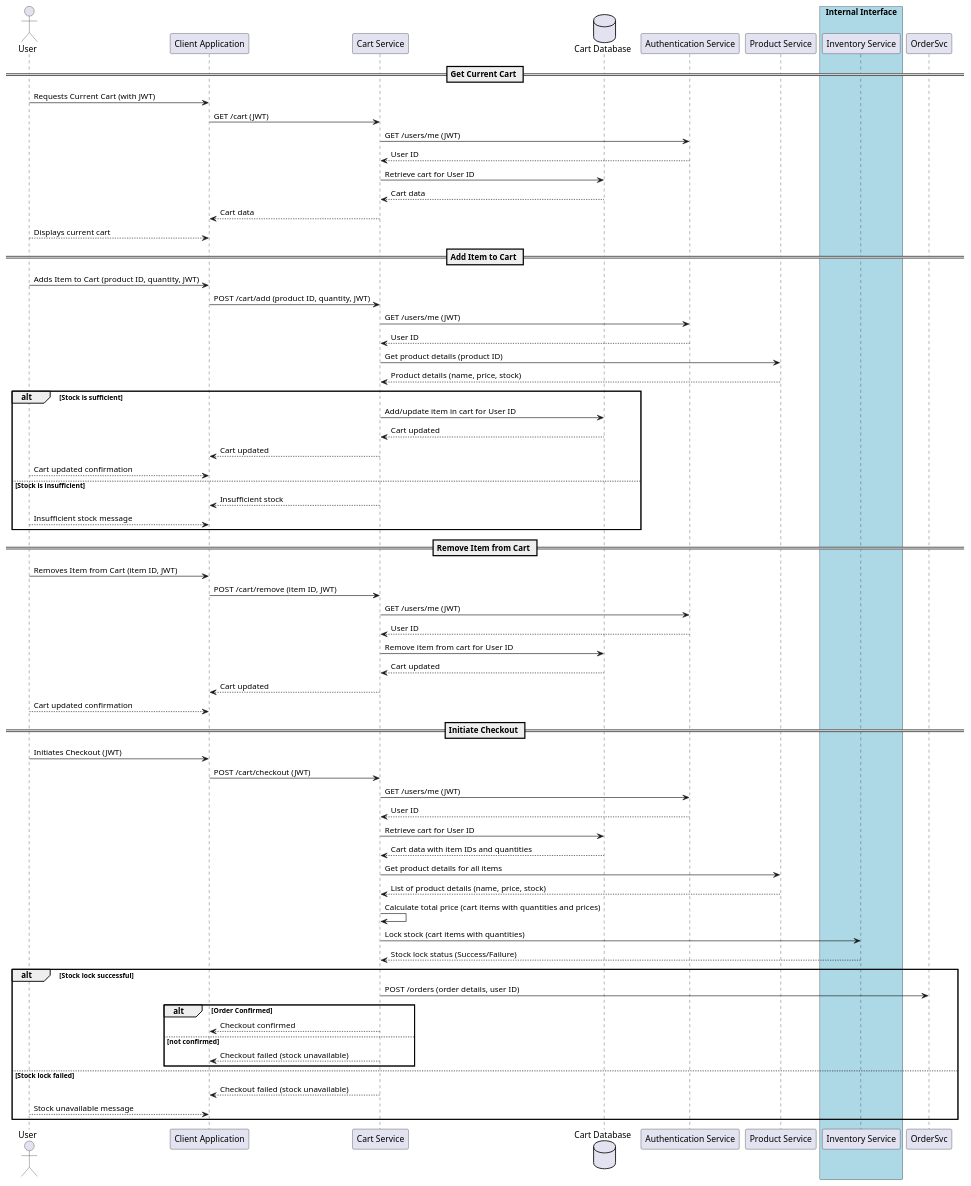
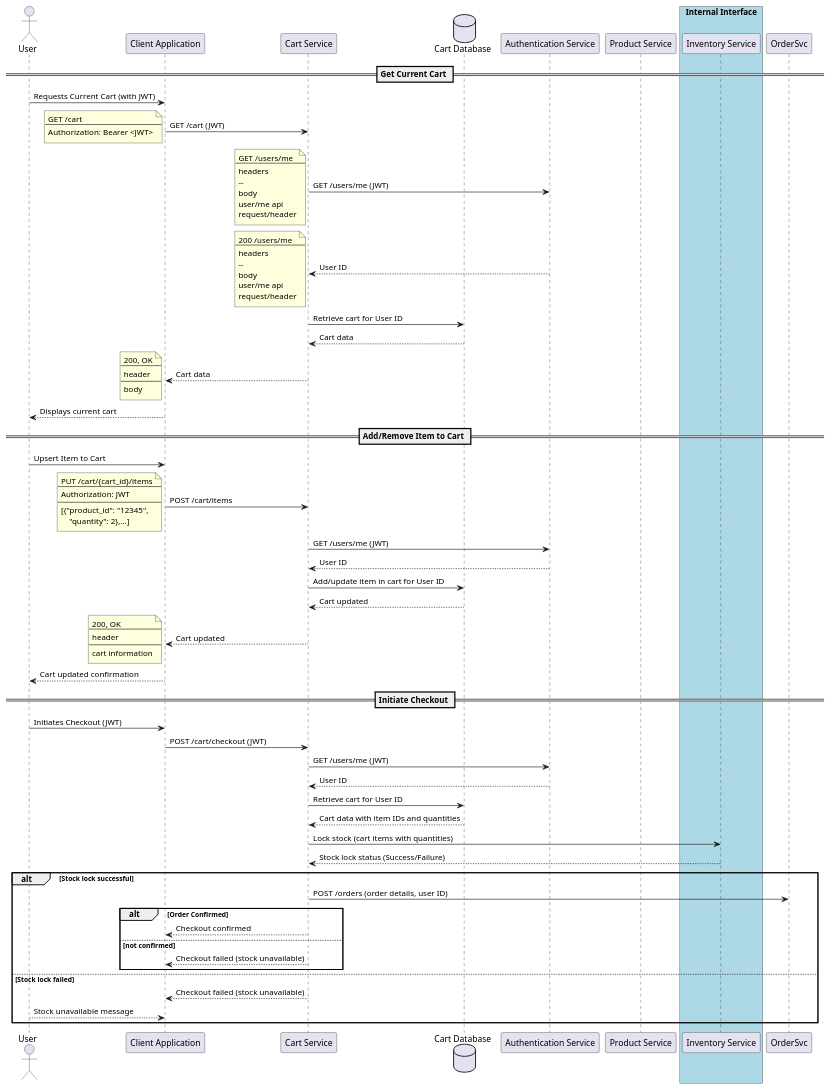
One commit to sirius1b/e-commerce changed the diagram in docs/plantuml/cart-flow.puml. Above: the diagram before and after it, drawn with PlantUML. The commit also changed 1 other file, not shown here.

Commit message:
chore: update cart

```diff
--- a/docs/plantuml/cart-flow.puml
+++ b/docs/plantuml/cart-flow.puml
@@ -1,79 +1,111 @@
 @startuml
 actor User
 participant "Client Application" as Client
 participant "Cart Service" as CartSvc
 database "Cart Database" as CartDB
 participant "Authentication Service" as AuthService
 participant "Product Service" as ProductSvc
 
 box "Internal Interface" #LightBlue
     participant "Inventory Service" as Inventory
 end box
 
 == Get Current Cart ==
 User -> Client: Requests Current Cart (with JWT)
 Client -> CartSvc: GET /cart (JWT)
+note left 
+GET /cart 
+--
+Authorization: Bearer <JWT>
+end note
 CartSvc -> AuthService: GET /users/me (JWT)
+note left
+GET /users/me
+--
+headers
+-- 
+body
+user/me api 
+request/header
+end note
 AuthService --> CartSvc: User ID
+note left 
+200 /users/me
+--
+headers
+-- 
+body
+user/me api 
+request/header
+end note
 CartSvc -> CartDB: Retrieve cart for User ID
 CartDB --> CartSvc: Cart data
 CartSvc --> Client: Cart data
-Client <-- User: Displays current cart
+note left 
+200, OK
+--
+header
+--
+body
+end note
+Client --> User: Displays current cart
 
-== Add Item to Cart ==
-User -> Client: Adds Item to Cart (product ID, quantity, JWT)
-Client -> CartSvc: POST /cart/add (product ID, quantity, JWT)
+== Add/Remove Item to Cart ==
+User -> Client: Upsert Item to Cart 
+Client -> CartSvc: POST /cart/items 
+note left
+PUT /cart/{cart_id}/items
+--
+Authorization: JWT
+--
+[{"product_id": "12345",
+    "quantity": 2},...]
+end note
 CartSvc -> AuthService: GET /users/me (JWT)
 AuthService --> CartSvc: User ID
-CartSvc -> ProductSvc: Get product details (product ID)
-ProductSvc --> CartSvc: Product details (name, price, stock)
-alt Stock is sufficient
-    CartSvc -> CartDB: Add/update item in cart for User ID
-    CartDB --> CartSvc: Cart updated
-    CartSvc --> Client: Cart updated
-    Client <-- User: Cart updated confirmation
-else Stock is insufficient
-    CartSvc --> Client: Insufficient stock
-    Client <-- User: Insufficient stock message
-end
-
-== Remove Item from Cart ==
-User -> Client: Removes Item from Cart (item ID, JWT)
-Client -> CartSvc: POST /cart/remove (item ID, JWT)
-CartSvc -> AuthService: GET /users/me (JWT)
-AuthService --> CartSvc: User ID
-CartSvc -> CartDB: Remove item from cart for User ID
+' CartSvc -> ProductSvc: Get product details (product ID)
+' ProductSvc --> CartSvc: Product details (name, price, stock)
+CartSvc -> CartDB: Add/update item in cart for User ID
 CartDB --> CartSvc: Cart updated
 CartSvc --> Client: Cart updated
-Client <-- User: Cart updated confirmation
+note left
+200, OK
+--
+header
+--
+cart information
+end note
+Client --> User: Cart updated confirmation
+
+
 
 == Initiate Checkout ==
 User -> Client: Initiates Checkout (JWT)
 Client -> CartSvc: POST /cart/checkout (JWT)
 CartSvc -> AuthService: GET /users/me (JWT)
 AuthService --> CartSvc: User ID
 CartSvc -> CartDB: Retrieve cart for User ID
 CartDB --> CartSvc: Cart data with item IDs and quantities
-CartSvc -> ProductSvc: Get product details for all items
-ProductSvc --> CartSvc: List of product details (name, price, stock)
-CartSvc -> CartSvc: Calculate total price (cart items with quantities and prices)
+' CartSvc -> ProductSvc: Get product details for all items
+' ProductSvc --> CartSvc: List of product details (name, price, stock)
+' CartSvc -> CartSvc: Calculate total price (cart items with quantities and prices)
 CartSvc -> Inventory: Lock stock (cart items with quantities)
 Inventory --> CartSvc: Stock lock status (Success/Failure)
 alt Stock lock successful
     CartSvc -> OrderSvc: POST /orders (order details, user ID)
     alt Order Confirmed
 
 
     CartSvc --> Client: Checkout confirmed
     else not confirmed
     CartSvc --> Client: Checkout failed (stock unavailable)
 
 
 end
 
 else Stock lock failed
     CartSvc --> Client: Checkout failed (stock unavailable)
     Client <-- User: Stock unavailable message
 end
 
 @enduml
```
